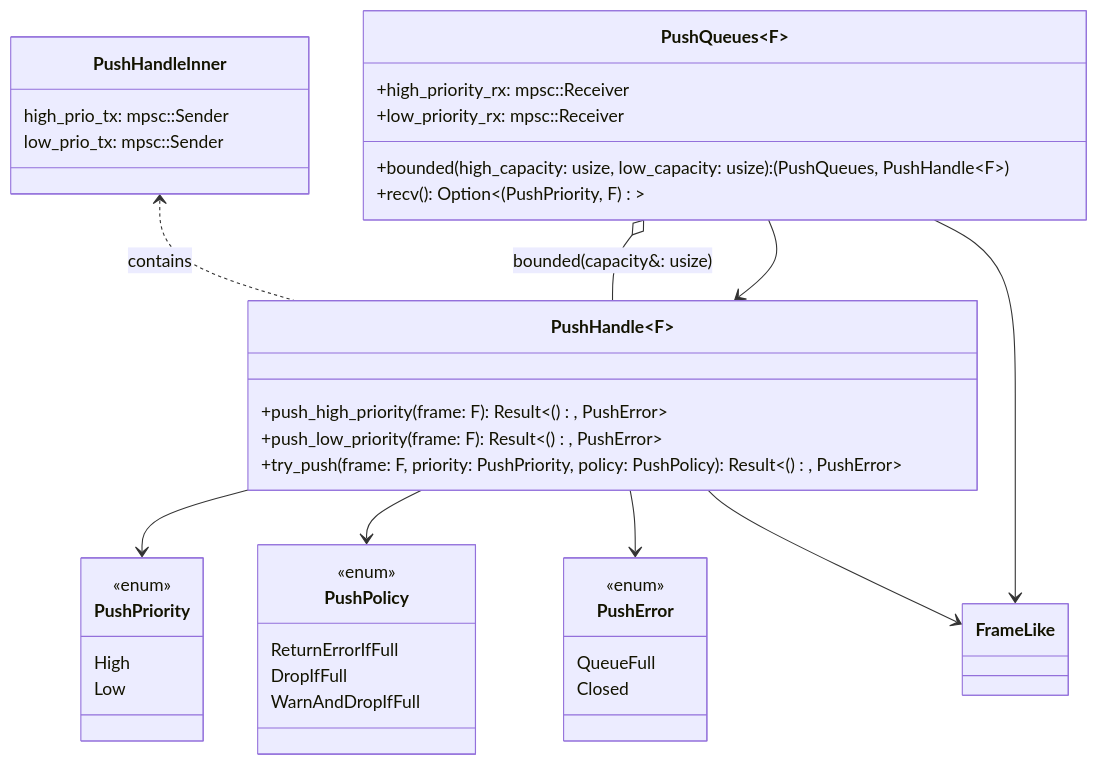
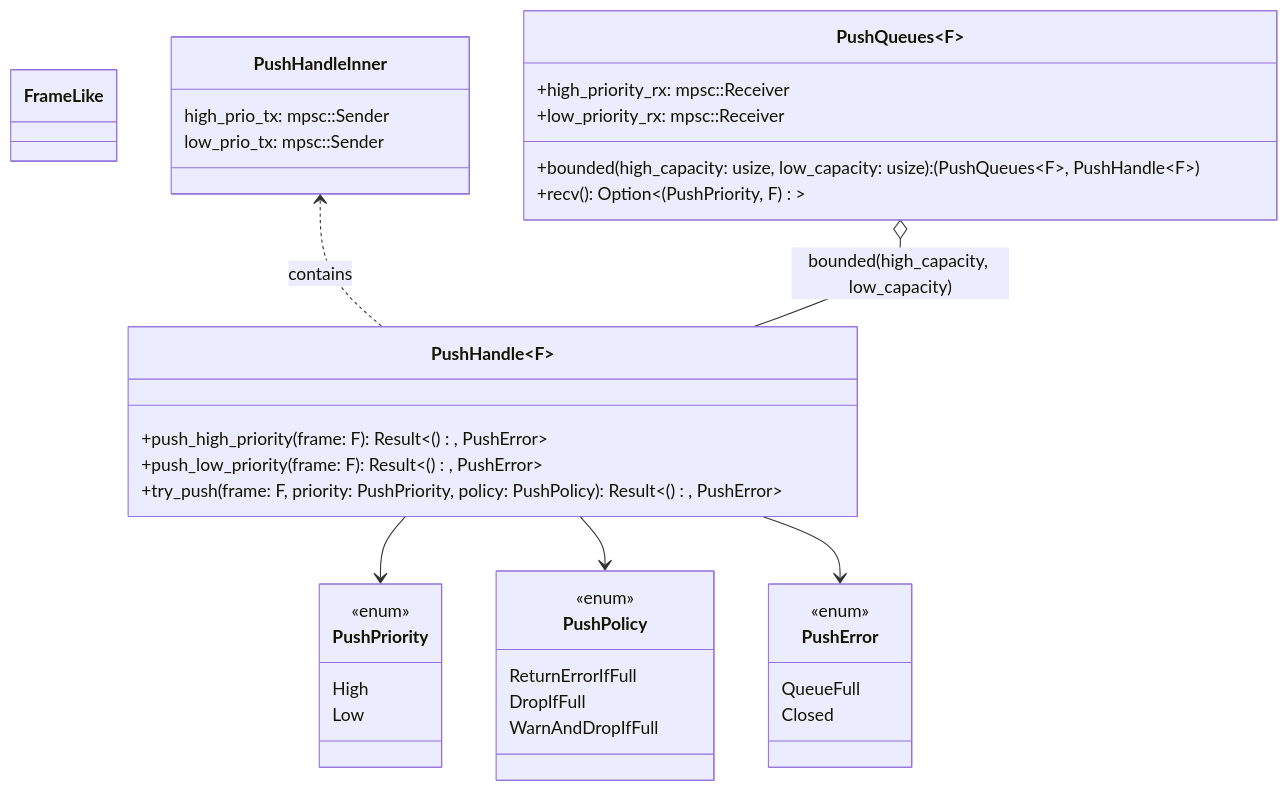
One commit to leynos/wireframe changed the first of 2 diagrams in docs/asynchronous-outbound-messaging-design.md. Above: the diagram before and after it, drawn with Mermaid. The commit also changed other lines of this file, not shown here.

Commit message:
Clarify push diagrams

````diff
--- a/docs/asynchronous-outbound-messaging-design.md
+++ b/docs/asynchronous-outbound-messaging-design.md
@@ -161,45 +165,42 @@
 ```mermaid
 classDiagram
     class FrameLike {
     }
     class PushPriority {
         <<enum>>
         High
         Low
     }
     class PushPolicy {
         <<enum>>
         ReturnErrorIfFull
         DropIfFull
         WarnAndDropIfFull
     }
     class PushError {
         <<enum>>
         QueueFull
         Closed
     }
     class PushHandleInner {
         high_prio_tx: mpsc::Sender<F>
         low_prio_tx: mpsc::Sender<F>
     }
     class PushHandle~F~ {
         +push_high_priority(frame: F): Result<(), PushError>
         +push_low_priority(frame: F): Result<(), PushError>
         +try_push(frame: F, priority: PushPriority, policy: PushPolicy): Result<(), PushError>
     }
     class PushQueues~F~ {
         +high_priority_rx: mpsc::Receiver<F>
         +low_priority_rx: mpsc::Receiver<F>
-        +bounded(high_capacity: usize, low_capacity: usize): (PushQueues, PushHandle~F~)
+        +bounded(high_capacity: usize, low_capacity: usize): (PushQueues~F~, PushHandle~F~)
         +recv(): Option<(PushPriority, F)>
     }
 
     PushHandleInner <.. PushHandle~F~ : contains
-    PushQueues~F~ o-- PushHandle~F~ : bounded(capacity&#58; usize)
+    PushQueues~F~ o-- PushHandle~F~ : bounded(high_capacity, low_capacity)
     PushHandle --> PushPriority
     PushHandle --> PushPolicy
     PushHandle --> PushError
-    PushQueues~F~ --> PushHandle~F~
-    PushQueues~F~ --> FrameLike
-    PushHandle~F~ --> FrameLike
 ```
````
